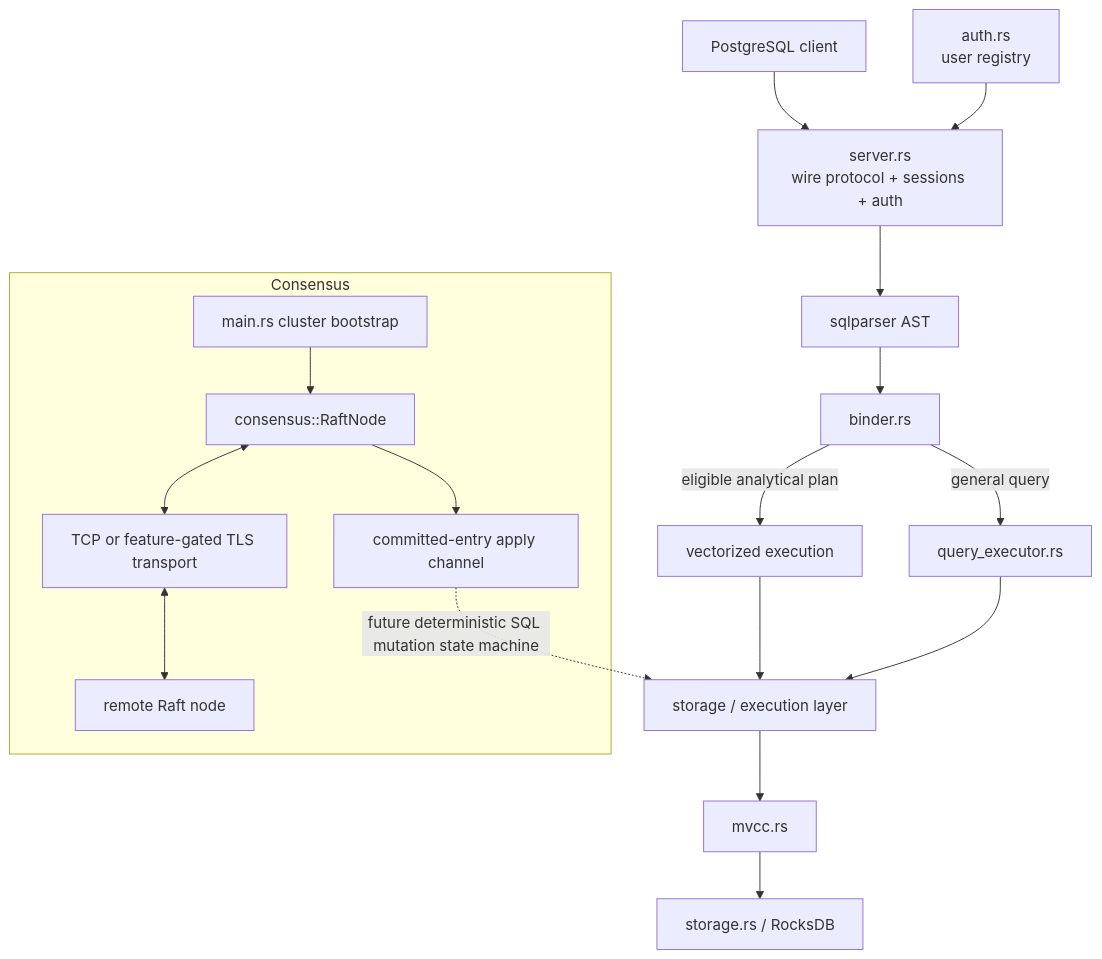
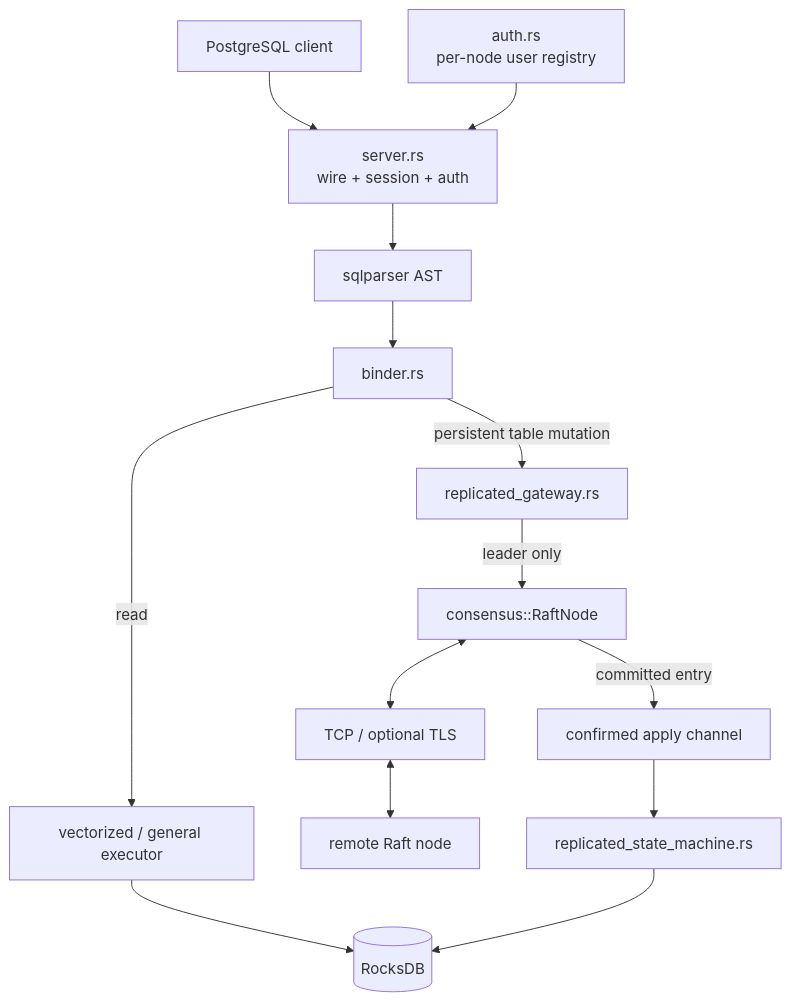
One commit to SaridakisStamatisChristos/Neuralbase changed the first of 2 diagrams in docs/ARCHITECTURE.md. Above: the diagram before and after it, drawn with Mermaid. The commit also changed other lines of this file and 15 other files, not shown here.

Commit message:
Document replicated SQL Phase 1 guarantees

````diff
--- a/docs/ARCHITECTURE.md
+++ b/docs/ARCHITECTURE.md
@@ -15,24 +17,19 @@
 ```mermaid
 flowchart TD
-    PSQL[PostgreSQL client] --> Server[server.rs\nwire protocol + sessions + auth]
+    PSQL[PostgreSQL client] --> Server[server.rs\nwire + session + auth]
     Server --> Parser[sqlparser AST]
     Parser --> Binder[binder.rs]
 
-    Binder -->|eligible analytical plan| Vec[vectorized execution]
-    Binder -->|general query| Gen[query_executor.rs]
-    Vec --> Exec[storage / execution layer]
-    Gen --> Exec
-    Exec --> MVCC[mvcc.rs]
-    MVCC --> Rocks[storage.rs / RocksDB]
+    Binder -->|read| Query[vectorized / general executor]
+    Query --> Rocks[(RocksDB)]
 
-    Auth[auth.rs\nuser registry] --> Server
+    Binder -->|persistent table mutation| Gateway[replicated_gateway.rs]
+    Gateway -->|leader only| Raft[consensus::RaftNode]
+    Raft <--> Transport[TCP / optional TLS]
+    Transport <--> Peer[remote Raft node]
+    Raft -->|committed entry| Apply[confirmed apply channel]
+    Apply --> SM[replicated_state_machine.rs]
+    SM --> Rocks
 
-    subgraph Consensus
-      Main[main.rs cluster bootstrap] --> Raft[consensus::RaftNode]
-      Raft <--> Transport[TCP or feature-gated TLS transport]
-      Transport <--> Peer[remote Raft node]
-      Raft --> Apply[committed-entry apply channel]
-    end
-
-    Apply -. future deterministic SQL mutation state machine .-> Exec
+    Auth[auth.rs\nper-node user registry] --> Server
 ```
````
